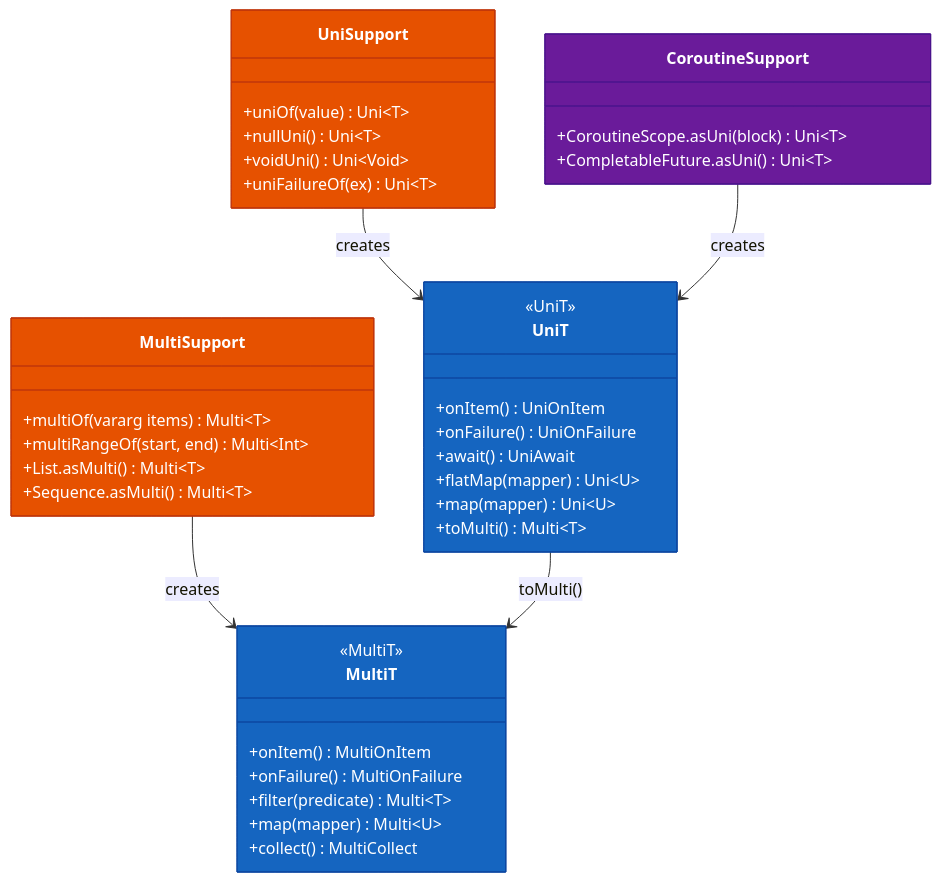
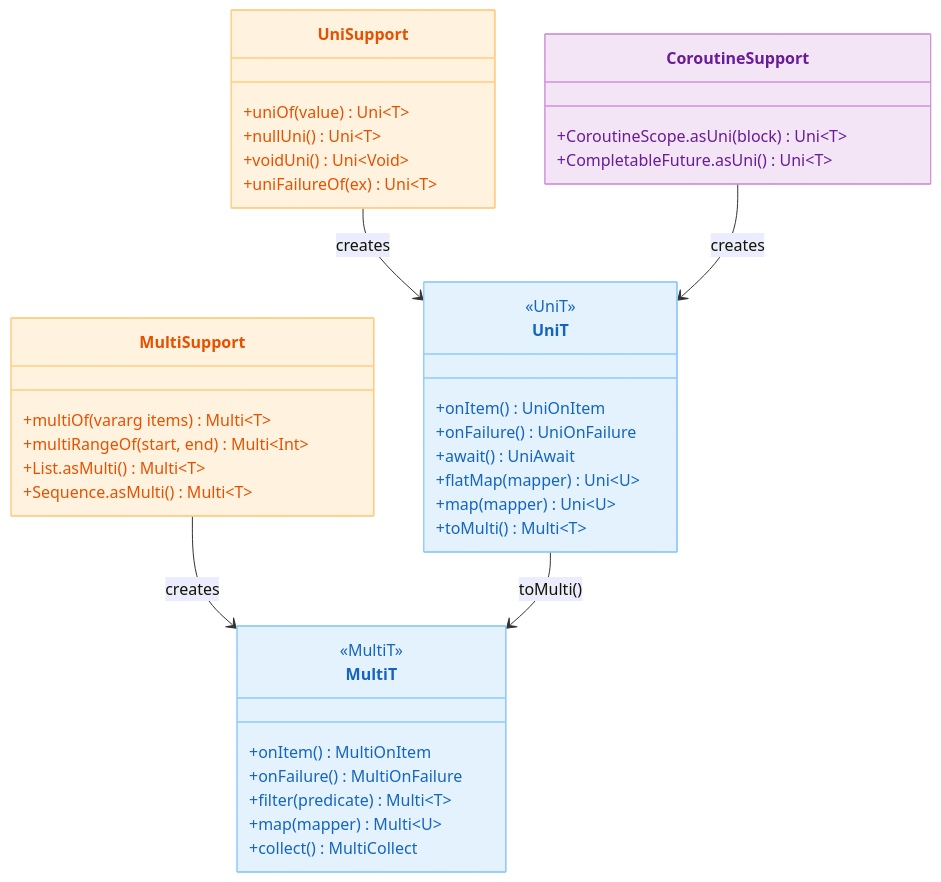
Before and after one commit to bluetape4k/bluetape4k-projects: the first of 3 diagrams in utils/mutiny/README.ko.md, drawn with Mermaid. The commit also changed other lines of this file and 219 other files, not shown here.

First line of the commit message:
docs: 전체 README Mermaid 다이어그램 가이드 적용

````diff
--- a/utils/mutiny/README.ko.md
+++ b/utils/mutiny/README.ko.md
@@ -231,47 +231,47 @@
 ```mermaid
 classDiagram
     class UniT {
         <<UniT>>
         +onItem() UniOnItem
         +onFailure() UniOnFailure
         +await() UniAwait
         +flatMap(mapper) Uni~U~
         +map(mapper) Uni~U~
         +toMulti() Multi~T~
     }
     class MultiT {
         <<MultiT>>
         +onItem() MultiOnItem
         +onFailure() MultiOnFailure
         +filter(predicate) Multi~T~
         +map(mapper) Multi~U~
         +collect() MultiCollect
     }
     class UniSupport {
         +uniOf(value) Uni~T~
         +nullUni() Uni~T~
         +voidUni() Uni~Void~
         +uniFailureOf(ex) Uni~T~
     }
     class MultiSupport {
         +multiOf(vararg items) Multi~T~
         +multiRangeOf(start, end) Multi~Int~
         +List.asMulti() Multi~T~
         +Sequence.asMulti() Multi~T~
     }
     class CoroutineSupport {
         +CoroutineScope.asUni(block) Uni~T~
         +CompletableFuture.asUni() Uni~T~
     }
 
     UniSupport --> UniT : creates
     MultiSupport --> MultiT : creates
     CoroutineSupport --> UniT : creates
     UniT --> MultiT : toMulti()
 
-    style UniT fill:#1565C0,stroke:#0D47A1,color:#FFFFFF
-    style MultiT fill:#1565C0,stroke:#0D47A1,color:#FFFFFF
-    style UniSupport fill:#E65100,stroke:#BF360C,color:#FFFFFF
-    style MultiSupport fill:#E65100,stroke:#BF360C,color:#FFFFFF
-    style CoroutineSupport fill:#6A1B9A,stroke:#4A148C,color:#FFFFFF
+    style UniT fill:#E3F2FD,stroke:#90CAF9,color:#1565C0
+    style MultiT fill:#E3F2FD,stroke:#90CAF9,color:#1565C0
+    style UniSupport fill:#FFF3E0,stroke:#FFCC80,color:#E65100
+    style MultiSupport fill:#FFF3E0,stroke:#FFCC80,color:#E65100
+    style CoroutineSupport fill:#F3E5F5,stroke:#CE93D8,color:#6A1B9A
 ```
````
